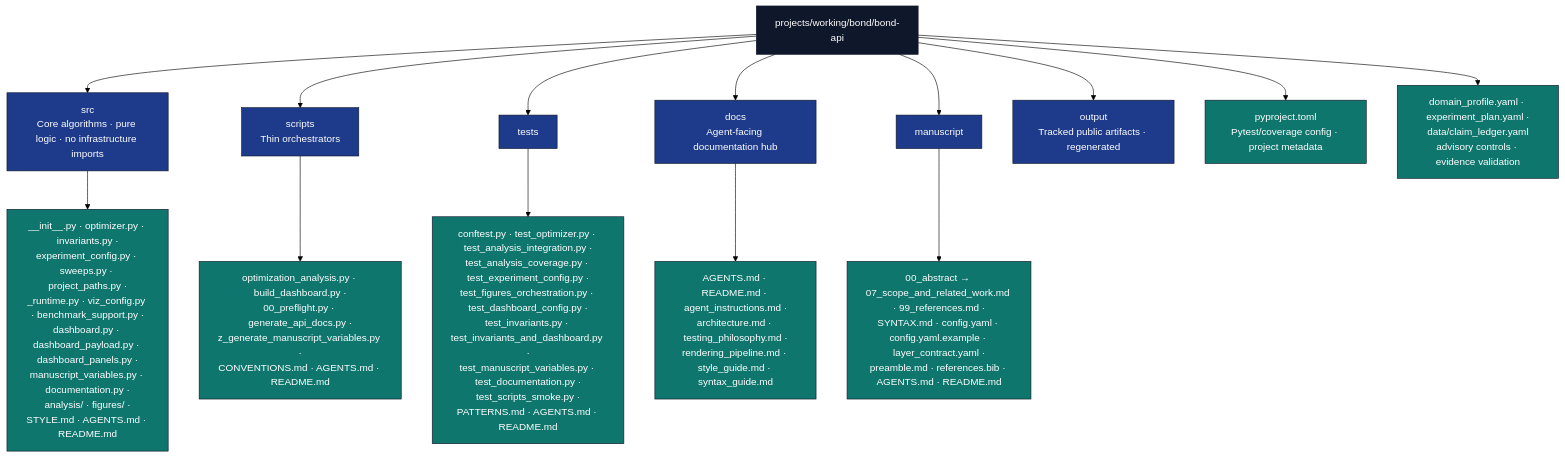
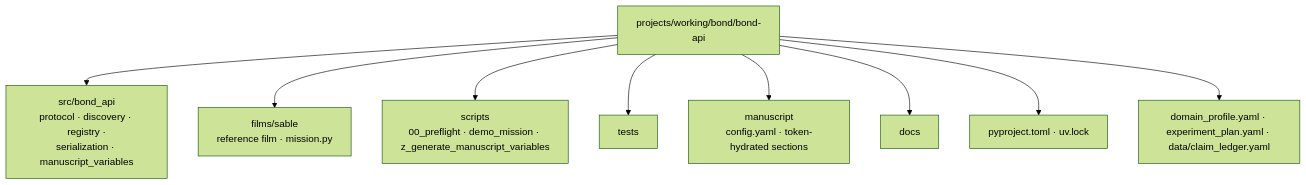
Before and after one commit to docxology/bond-api: the diagram in AGENTS.md, drawn with Mermaid (forest theme). The commit also changed other lines of this file and 1083 other files, not shown here.

````diff
--- a/AGENTS.md
+++ b/AGENTS.md
@@ -71,25 +49,12 @@
 ```mermaid
 flowchart TB
     P[projects/working/bond/bond-api]
-    P --> SRC[src<br/>Core algorithms · pure logic · no infrastructure imports]
-    P --> SC[scripts<br/>Thin orchestrators]
+    P --> SRC[src/bond_api<br/>protocol · discovery · registry ·<br/>serialization · manuscript_variables]
+    P --> F[films/sable<br/>reference film · mission.py]
+    P --> SC[scripts<br/>00_preflight · demo_mission · z_generate_manuscript_variables]
     P --> T[tests]
-    P --> DOCS[docs<br/>Agent-facing documentation hub]
-    P --> M[manuscript]
-    P --> OUT[output<br/>Tracked public artifacts · regenerated]
-    P --> PY[pyproject.toml<br/>Pytest/coverage config · project metadata]
-    P --> DP[domain_profile.yaml · experiment_plan.yaml ·<br/>data/claim_ledger.yaml<br/>advisory controls · evidence validation]
-
-    SRC --> SRC_F[__init__.py · optimizer.py · invariants.py ·<br/>experiment_config.py · sweeps.py · project_paths.py ·<br/>_runtime.py · viz_config.py · benchmark_support.py ·<br/>dashboard.py · dashboard_payload.py · dashboard_panels.py ·<br/>manuscript_variables.py · documentation.py ·<br/>analysis/ · figures/ ·<br/>STYLE.md · AGENTS.md · README.md]
-    SC --> SC_F[optimization_analysis.py · build_dashboard.py ·<br/>00_preflight.py · generate_api_docs.py ·<br/>z_generate_manuscript_variables.py ·<br/>CONVENTIONS.md · AGENTS.md · README.md]
-    T --> T_F[conftest.py · test_optimizer.py · test_analysis_integration.py ·<br/>test_analysis_coverage.py · test_experiment_config.py ·<br/>test_figures_orchestration.py · test_dashboard_config.py ·<br/>test_invariants.py · test_invariants_and_dashboard.py ·<br/>test_manuscript_variables.py · test_documentation.py ·<br/>test_scripts_smoke.py ·<br/>PATTERNS.md · AGENTS.md · README.md]
-    DOCS --> DOCS_F[AGENTS.md · README.md · agent_instructions.md ·<br/>architecture.md · testing_philosophy.md ·<br/>rendering_pipeline.md · style_guide.md · syntax_guide.md]
-    M --> M_F[00_abstract → 07_scope_and_related_work.md · 99_references.md ·<br/>SYNTAX.md · config.yaml · config.yaml.example · layer_contract.yaml ·<br/>preamble.md · references.bib · AGENTS.md · README.md]
-
-    classDef d fill:#0f172a,stroke:#0f172a,color:#fff
-    classDef pkg fill:#1e3a8a,stroke:#0f172a,color:#fff
-    classDef f fill:#0f766e,stroke:#0f172a,color:#fff
-    class P d
-    class SRC,SC,T,DOCS,M,OUT pkg
-    class SRC_F,SC_F,T_F,DOCS_F,M_F,PY,DP f
+    P --> M[manuscript<br/>config.yaml · token-hydrated sections]
+    P --> D[docs]
+    P --> PY[pyproject.toml · uv.lock]
+    P --> OV[domain_profile.yaml · experiment_plan.yaml · data/claim_ledger.yaml]
 ```
````
